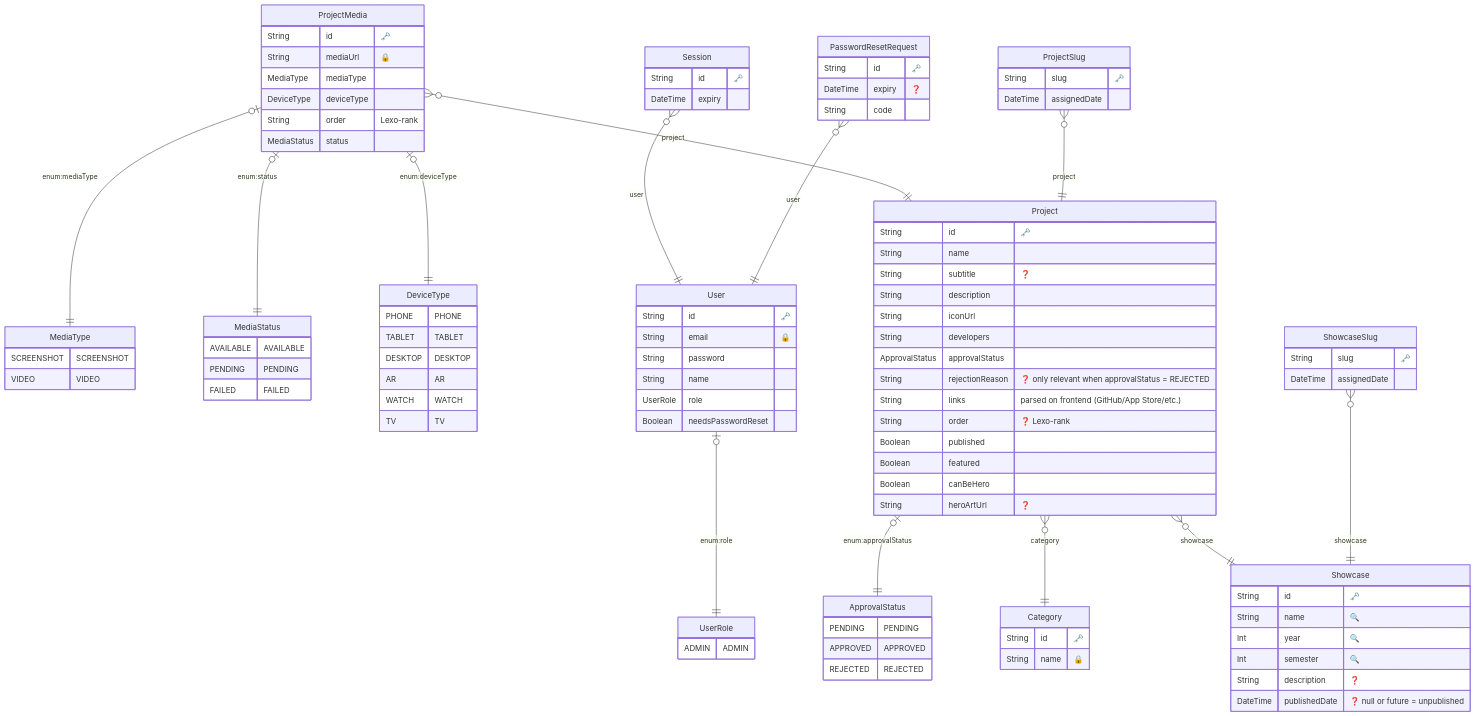
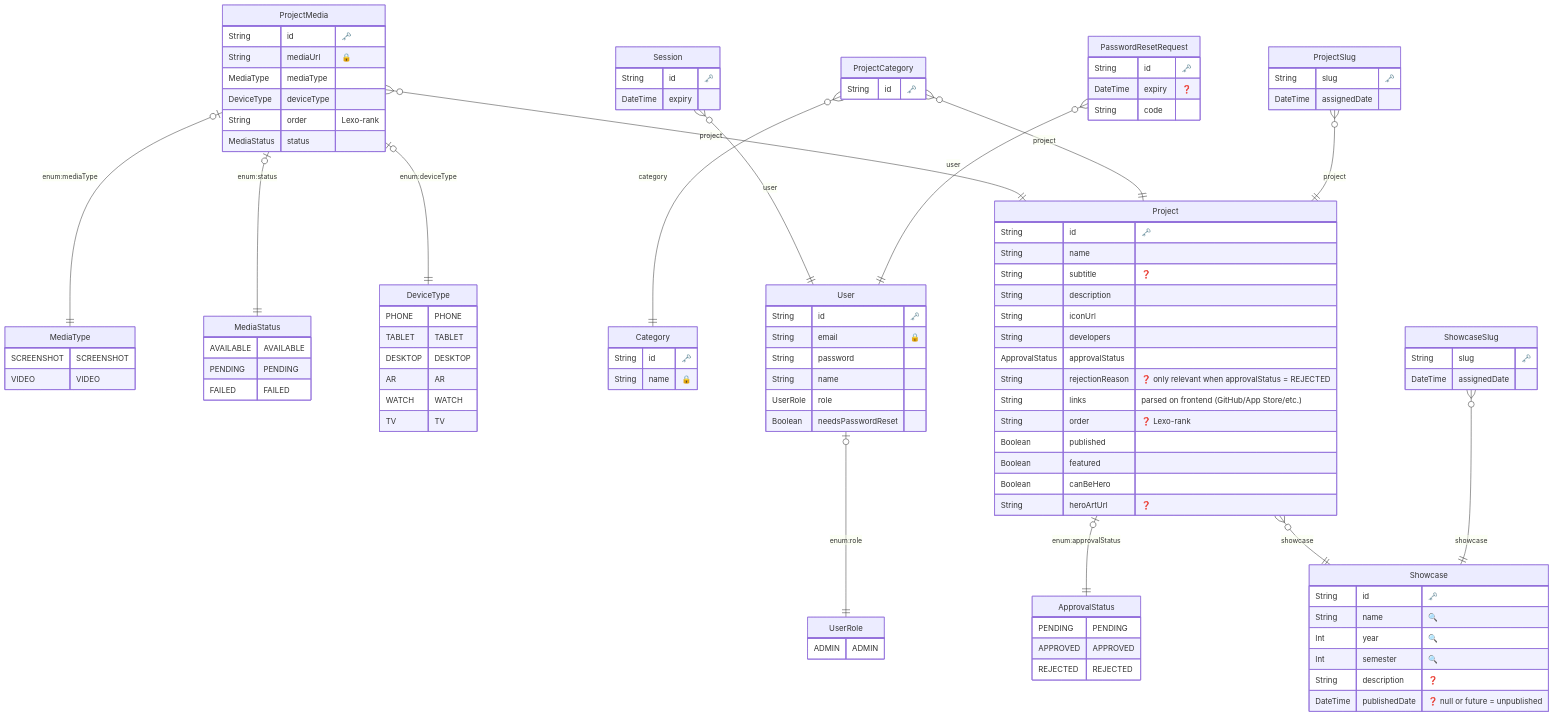
Before and after one commit to odisfm/hapi: the diagram in shared/prisma/ERD.md, drawn with Mermaid. The commit also changed 20 other files, not shown here.

```diff
--- a/shared/prisma/ERD.md
+++ b/shared/prisma/ERD.md
@@ -99,6 +99,11 @@
     }
   
 
+  "ProjectCategory" {
+    String id "🗝️"
+    }
+  
+
   "ProjectSlug" {
     String slug "🗝️"
     DateTime assignedDate 
@@ -120,12 +125,13 @@
     "User" |o--|| "UserRole" : "enum:role"
     "Session" }o--|| "User" : "user"
     "Project" |o--|| "ApprovalStatus" : "enum:approvalStatus"
-    "Project" }o--|| "Category" : "category"
     "Project" }o--|| "Showcase" : "showcase"
     "ProjectMedia" }o--|| "Project" : "project"
     "ProjectMedia" |o--|| "MediaType" : "enum:mediaType"
     "ProjectMedia" |o--|| "DeviceType" : "enum:deviceType"
     "ProjectMedia" |o--|| "MediaStatus" : "enum:status"
+    "ProjectCategory" }o--|| "Project" : "project"
+    "ProjectCategory" }o--|| "Category" : "category"
     "ProjectSlug" }o--|| "Project" : "project"
     "ShowcaseSlug" }o--|| "Showcase" : "showcase"
     "PasswordResetRequest" }o--|| "User" : "user"
```
